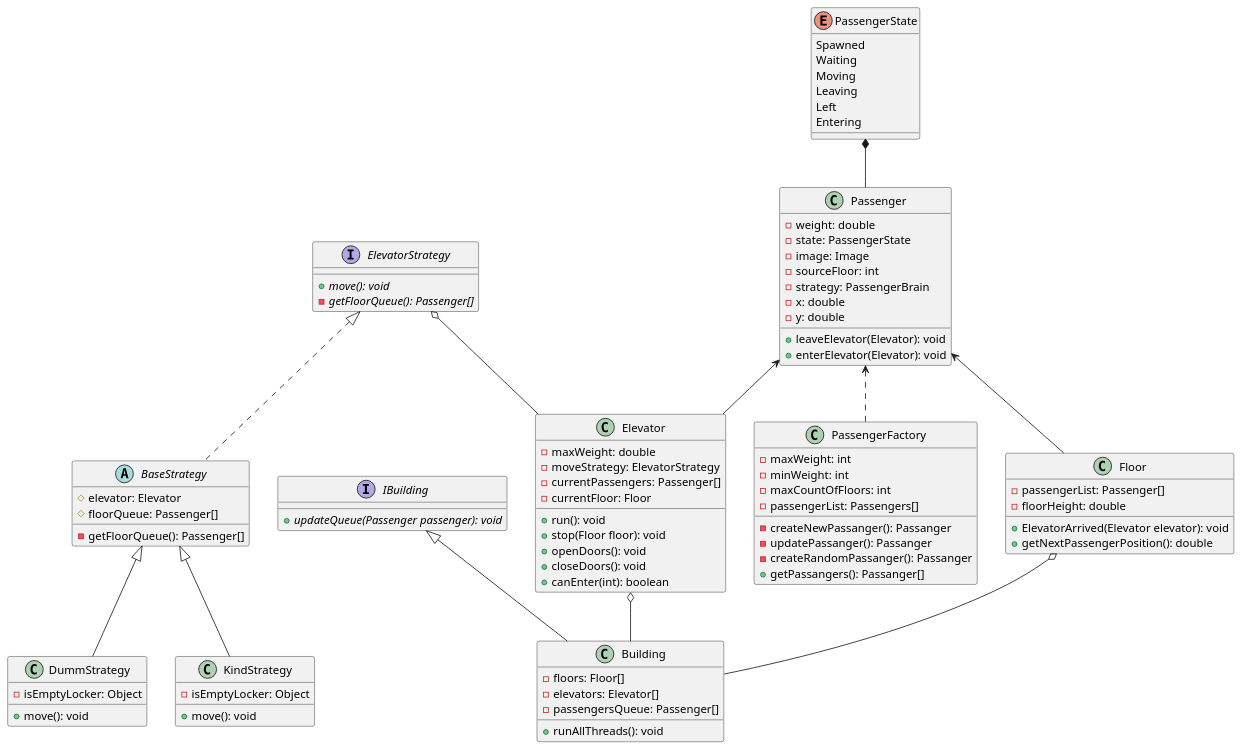
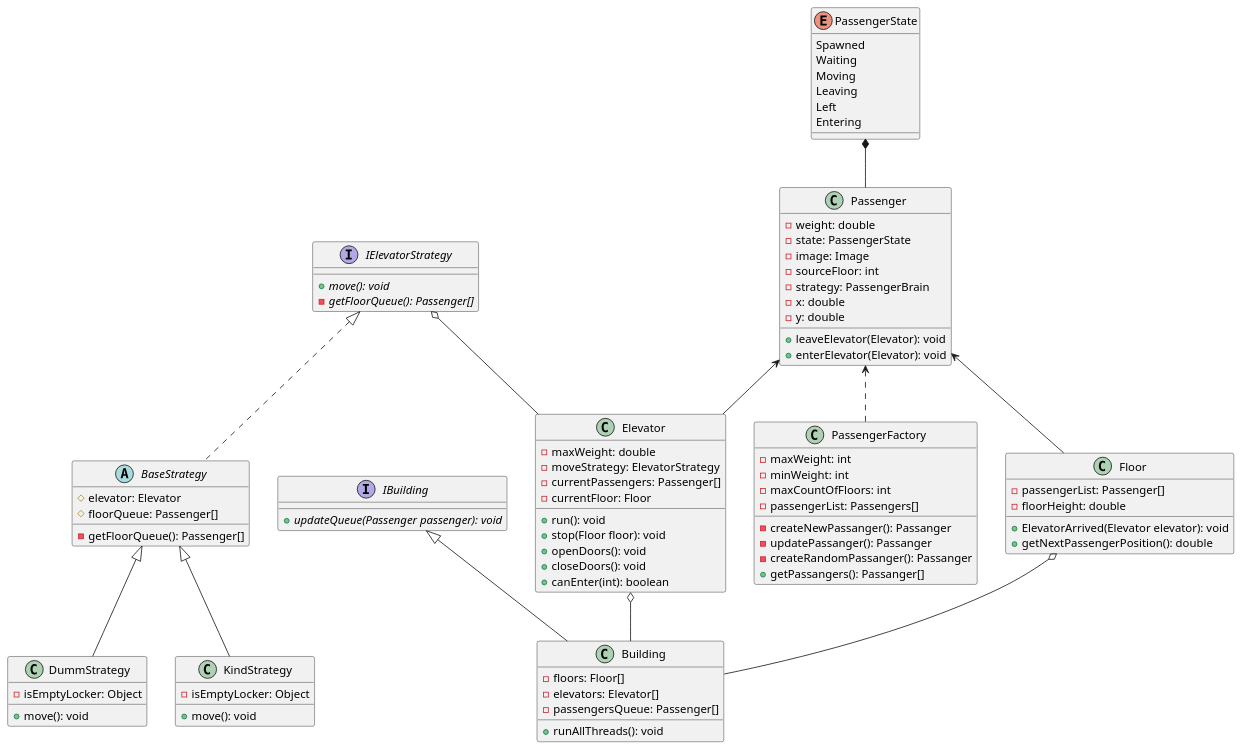
The diagram in ElevatorSystem.puml (OlehMatsevych/ElevatorSimulator), drawn with PlantUML before and after one commit. The commit also changed 1 other file, not shown here.

Commit message:
change diagram

```diff
--- a/ElevatorSystem.puml
+++ b/ElevatorSystem.puml
@@ -1,109 +1,110 @@
 @startuml ElevatorSystem
 
 
 interface IBuilding
 {
     +{abstract} updateQueue(Passenger passenger): void
 }
 class Building
 {
     -floors: Floor[]
     -elevators: Elevator[]
     -passengersQueue: Passenger[]
     +runAllThreads(): void
 }
 
 class Elevator
 {
     -maxWeight: double
     -moveStrategy: ElevatorStrategy
     -currentPassengers: Passenger[]
     -currentFloor: Floor
     +run(): void
     +stop(Floor floor): void
     +openDoors(): void
     +closeDoors(): void
     +canEnter(int): boolean
 }
 
-interface ElevatorStrategy
+interface IElevatorStrategy
 {
     +{abstract} move(): void
     -{abstract} getFloorQueue(): Passenger[]
 }
 
 abstract BaseStrategy 
 {
     #elevator: Elevator 
     #floorQueue: Passenger[] 
     -getFloorQueue(): Passenger[]
 }
 
 class DummStrategy  
 {
     -isEmptyLocker: Object
     +move(): void
 }
 
 class KindStrategy  
 {
     -isEmptyLocker: Object
     +move(): void
 }
 
 
 class Floor 
 {
     -passengerList: Passenger[]
     -floorHeight: double
     +ElevatorArrived(Elevator elevator): void
     +getNextPassengerPosition(): double
 }
 
 enum PassengerState
 {
     Spawned
     Waiting
     Moving
     Leaving
     Left
     Entering
 }
 
 class Passenger
 {
     -weight: double
     -state: PassengerState
     -image: Image
     -sourceFloor: int
     -strategy: PassengerBrain
     -x: double
     -y: double
     +leaveElevator(Elevator): void
     +enterElevator(Elevator): void
 }
 
 class PassengerFactory
 {
     -maxWeight: int
     -minWeight: int
     -maxCountOfFloors: int
     -passengerList: Passengers[]
     -createNewPassanger(): Passanger
     -updatePassanger(): Passanger
     -createRandomPassanger(): Passanger
     +getPassangers(): Passanger[]
 }
+
 IBuilding <|-- Building
 Passenger <.. PassengerFactory
 PassengerState *-- Passenger
 Passenger <-- Floor
 Passenger <-- Elevator
 Floor o-- Building
 Elevator o-- Building
-ElevatorStrategy o-- Elevator
-ElevatorStrategy <|.. BaseStrategy
+IElevatorStrategy o-- Elevator
+IElevatorStrategy <|.. BaseStrategy
 BaseStrategy <|-- DummStrategy
 BaseStrategy <|-- KindStrategy
 
 @enduml
```
